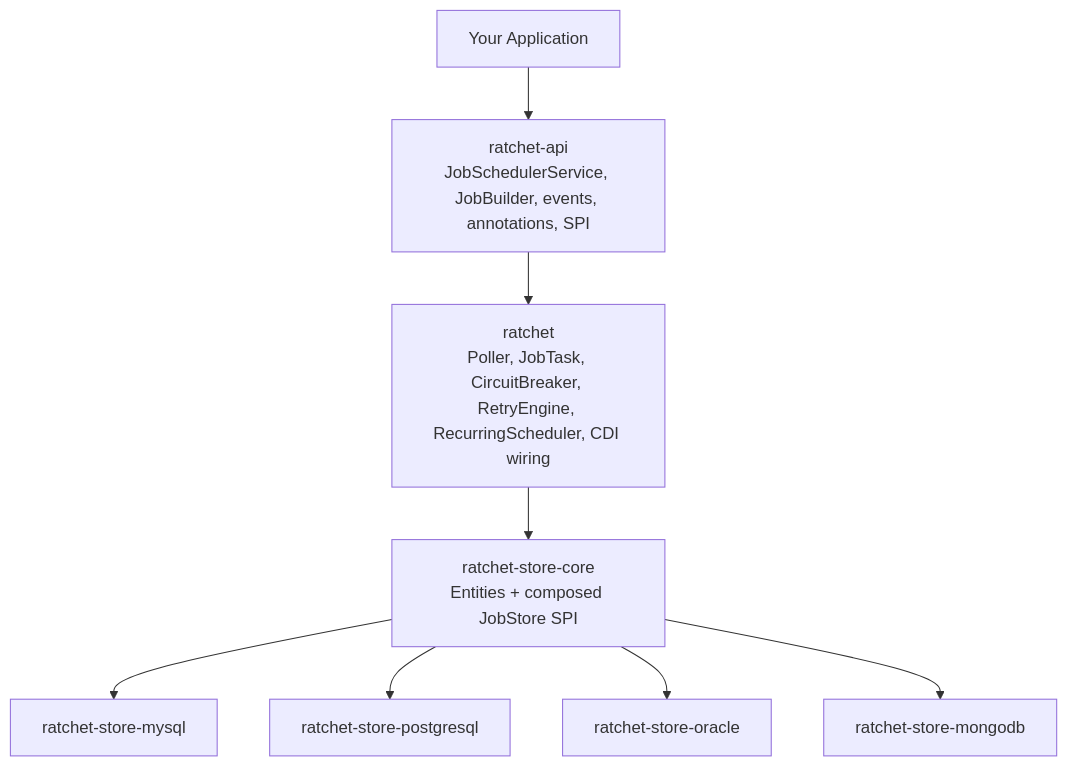
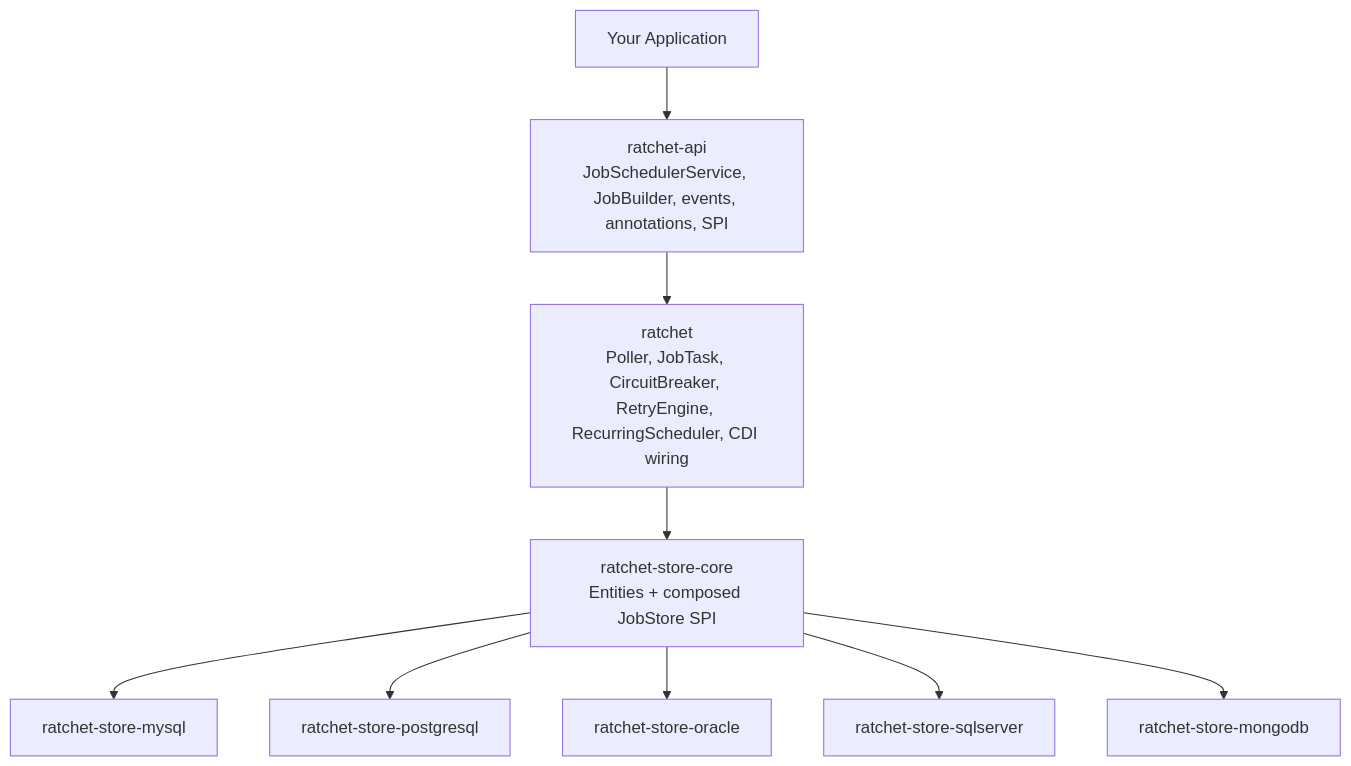
The diagram in README.md (ratchet-run/ratchet), drawn with Mermaid before and after one commit. The commit also changed other lines of this file and 48 other files, not shown here.

````diff
--- a/README.md
+++ b/README.md
@@ -127,14 +127,15 @@
 ```mermaid
 flowchart TD
   app["Your Application"]
   api["ratchet-api<br/>JobSchedulerService, JobBuilder, events, annotations, SPI"]
   ri["ratchet<br/>Poller, JobTask, CircuitBreaker, RetryEngine, RecurringScheduler, CDI wiring"]
   store["ratchet-store-core<br/>Entities + composed JobStore SPI"]
   mysql["ratchet-store-mysql"]
   postgres["ratchet-store-postgresql"]
   oracle["ratchet-store-oracle"]
+  sqlserver["ratchet-store-sqlserver"]
   mongo["ratchet-store-mongodb"]
 
   app --> api --> ri --> store
-  store --> mysql & postgres & oracle & mongo
+  store --> mysql & postgres & oracle & sqlserver & mongo
 ```
````
